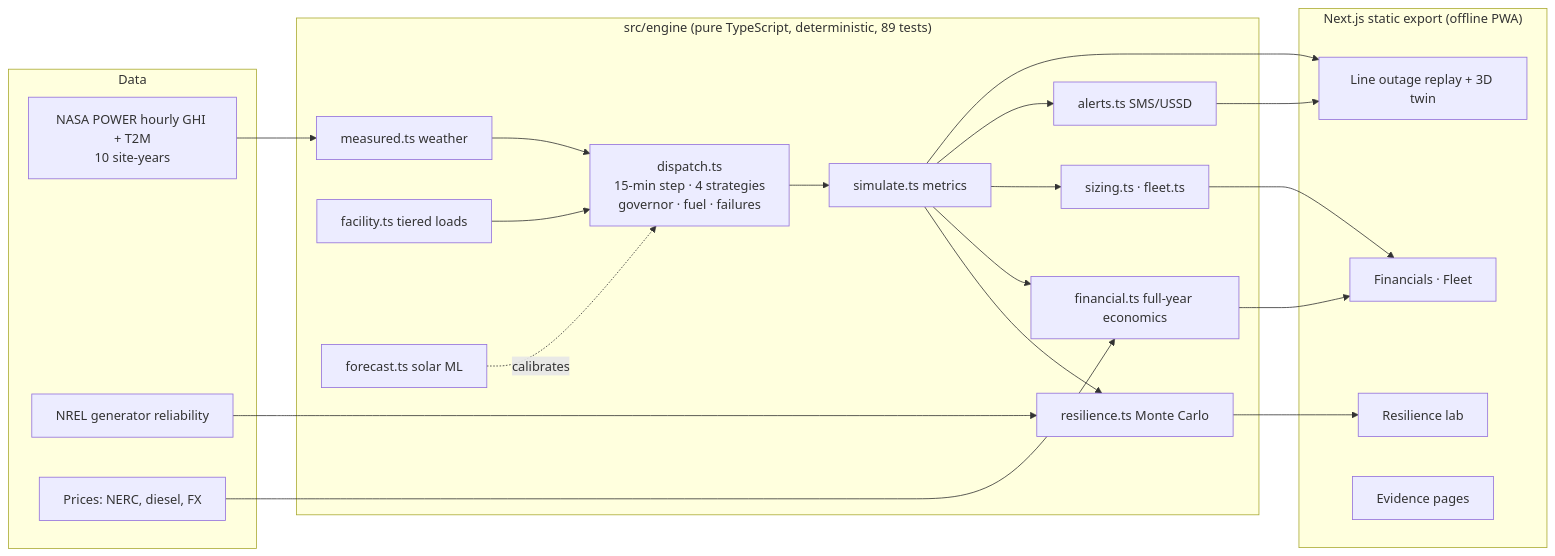
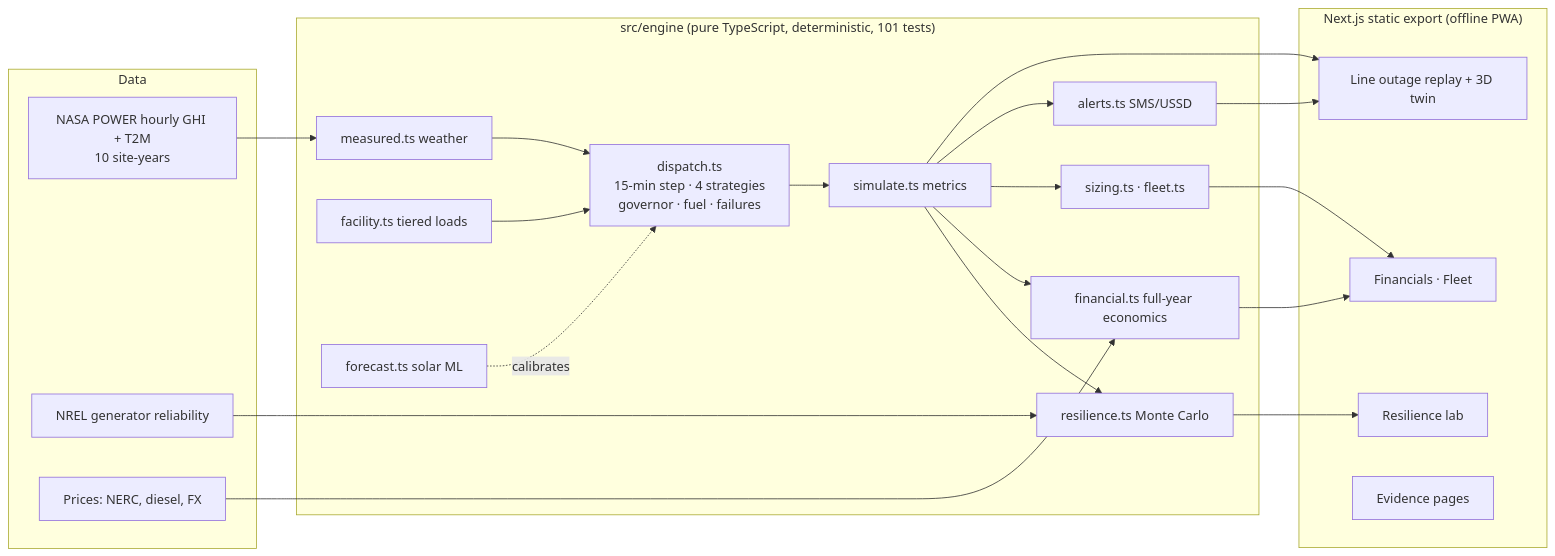
The first of 2 diagrams in docs/SYSTEM_ARCHITECTURE.md (Jae3y/medgrid-sentinel), drawn with Mermaid before and after one commit. The commit also changed 40 other files, not shown here.

````diff
--- a/docs/SYSTEM_ARCHITECTURE.md
+++ b/docs/SYSTEM_ARCHITECTURE.md
@@ -4,32 +4,32 @@
 ```mermaid
 flowchart LR
   subgraph Data
     NP[NASA POWER hourly GHI + T2M<br/>10 site-years]
     NR[NREL generator reliability]
     PR[Prices: NERC, diesel, FX]
   end
-  subgraph Engine["src/engine (pure TypeScript, deterministic, 89 tests)"]
+  subgraph Engine["src/engine (pure TypeScript, deterministic, 101 tests)"]
     W[measured.ts weather] --> D[dispatch.ts<br/>15-min step · 4 strategies<br/>governor · fuel · failures]
     F[facility.ts tiered loads] --> D
     D --> S[simulate.ts metrics]
     S --> R[resilience.ts Monte Carlo]
     S --> E[financial.ts full-year economics]
     S --> Z[sizing.ts · fleet.ts]
     S --> A[alerts.ts SMS/USSD]
     FC[forecast.ts solar ML] -. calibrates .-> D
   end
   subgraph UI["Next.js static export (offline PWA)"]
     M[Line outage replay + 3D twin]
     RL[Resilience lab]
     FI[Financials · Fleet]
     EV[Evidence pages]
   end
   NP --> W
   NR --> R
   PR --> E
   S --> M
   R --> RL
   E --> FI
   Z --> FI
   A --> M
 ```
````
